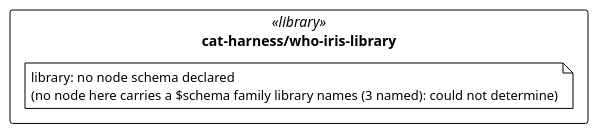
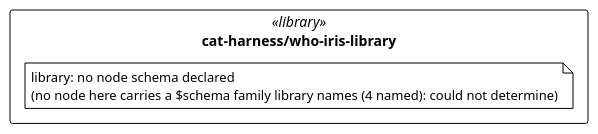
The diagram in cat-harness/uml/overview/cat-harness/who-iris-library.puml (litlfred/folio-assistant), drawn with PlantUML before and after one commit. The commit also changed 34 other files, not shown here.

First line of the commit message:
withheld schema: declare @graphNode, regenerate glossary, UML overview and the KG export result

```diff
--- a/cat-harness/uml/overview/cat-harness/who-iris-library.puml
+++ b/cat-harness/uml/overview/cat-harness/who-iris-library.puml
@@ -3,13 +3,13 @@
 @startuml cat_harness_who_iris_library
 !pragma layout elk
 !theme plain
 skinparam classAttributeIconSize 0
 skinparam shadowing false
 skinparam packageStyle rectangle
 hide empty methods
 
 package "cat-harness/who-iris-library" as pkg_cat_harness_who_iris_library <<library>> {
-  note "library: no node schema declared\n(no node here carries a $schema family library names (3 named): could not determine)" as n_cat_harness_who_iris_library_library
+  note "library: no node schema declared\n(no node here carries a $schema family library names (4 named): could not determine)" as n_cat_harness_who_iris_library_library
 }
 
 @enduml
```
